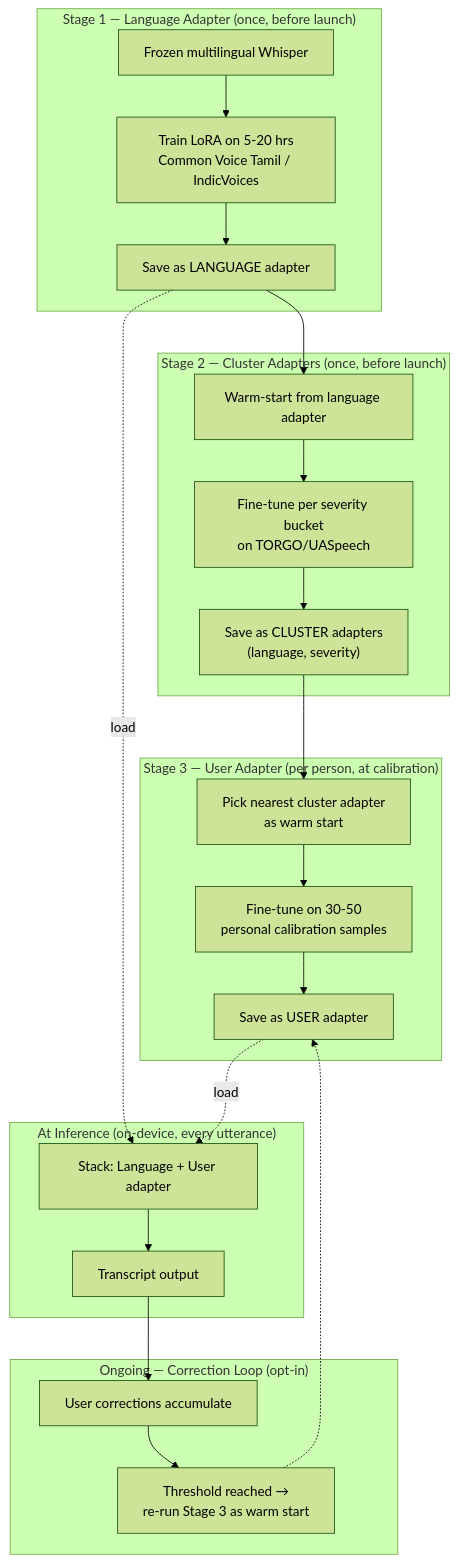
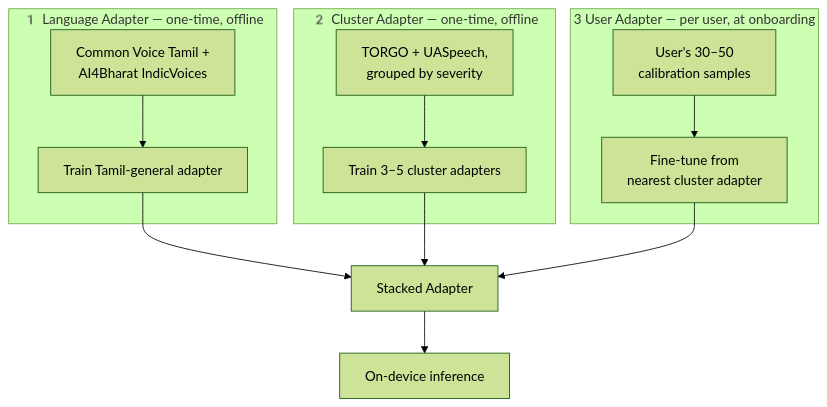
One commit to Anushka13-bit/Vaani changed the seventh of 7 diagrams in README.md. Above: the diagram before and after it, drawn with Mermaid (forest theme). The commit also changed other lines of this file, not shown here.

````diff
--- a/README.md
+++ b/README.md
@@ -230,31 +228,16 @@
 ```mermaid
-flowchart TB
-    subgraph Stage1["Stage 1 — Language Adapter (once, before launch)"]
-        A1["Frozen multilingual Whisper"] --> A2["Train LoRA on 5-20 hrs<br/>Common Voice Tamil / IndicVoices"]
-        A2 --> A3["Save as LANGUAGE adapter"]
+flowchart TD
+    subgraph T1["1️ Language Adapter — one-time, offline"]
+        A1[Common Voice Tamil +<br/>AI4Bharat IndicVoices] --> A2[Train Tamil-general adapter]
     end
-
-    subgraph Stage2["Stage 2 — Cluster Adapters (once, before launch)"]
-        A3 --> B1["Warm-start from language adapter"]
-        B1 --> B2["Fine-tune per severity bucket<br/>on TORGO/UASpeech"]
-        B2 --> B3["Save as CLUSTER adapters<br/>(language, severity)"]
+    subgraph T2["2️ Cluster Adapter — one-time, offline"]
+        B1[TORGO + UASpeech,<br/>grouped by severity] --> B2[Train 3–5 cluster adapters]
     end
-
-    subgraph Stage3["Stage 3 — User Adapter (per person, at calibration)"]
-        B3 --> C1["Pick nearest cluster adapter<br/>as warm start"]
-        C1 --> C2["Fine-tune on 30-50<br/>personal calibration samples"]
-        C2 --> C3["Save as USER adapter"]
+    subgraph T3["3 User Adapter — per user, at onboarding"]
+        C1[User's 30–50<br/>calibration samples] --> C2[Fine-tune from<br/>nearest cluster adapter]
     end
-
-    subgraph Inference["At Inference (on-device, every utterance)"]
-        A3 -.load.-> D1["Stack: Language + User adapter"]
-        C3 -.load.-> D1
-        D1 --> D2["Transcript output"]
-    end
-
-    subgraph Loop["Ongoing — Correction Loop (opt-in)"]
-        D2 --> E1["User corrections accumulate"]
-        E1 --> E2["Threshold reached →<br/>re-run Stage 3 as warm start"]
-        E2 -.-> C3
-    end
+    A2 --> D[Stacked Adapter]
+    B2 --> D
+    C2 --> D
+    D --> E[On-device inference]
 ```
````
